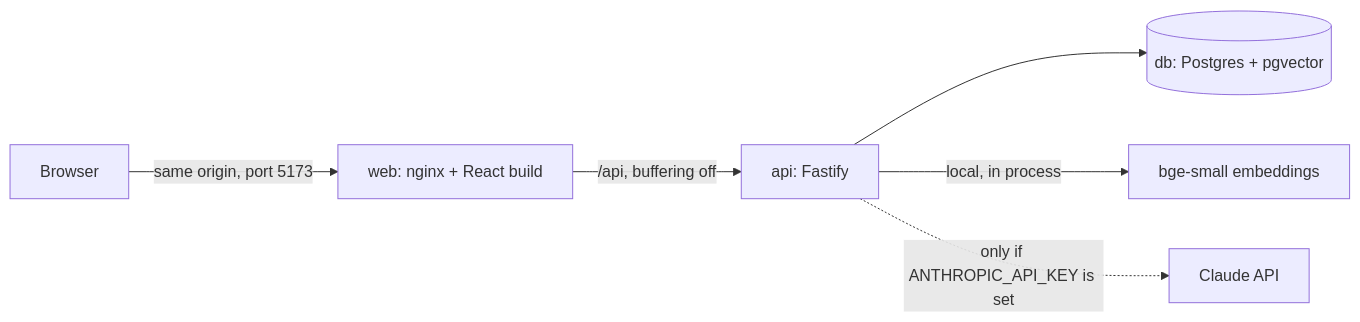
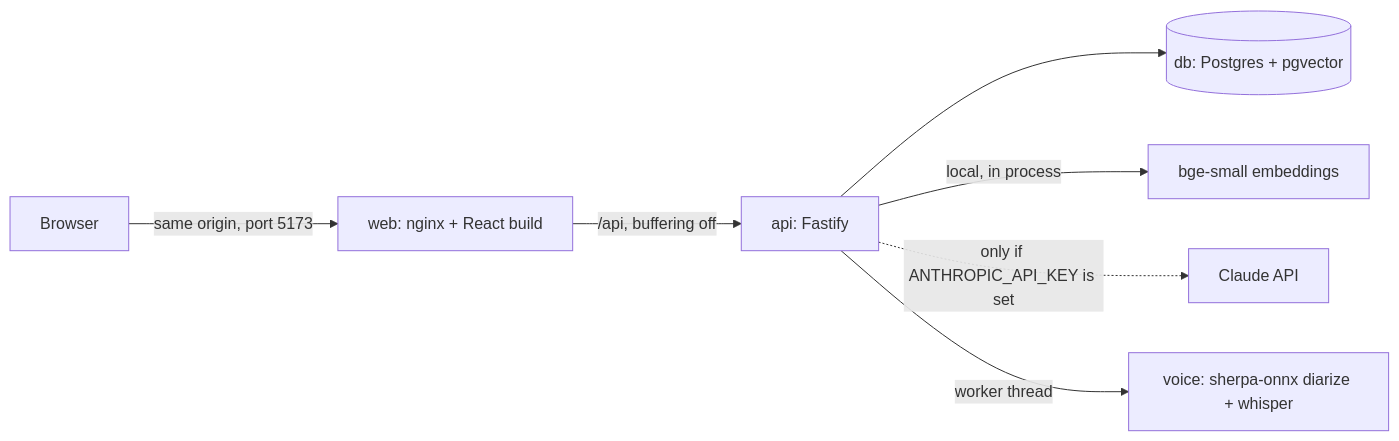
The diagram in README.md (christosgalaios/meeting-intelligence), drawn with Mermaid before and after one commit. The commit also changed other lines of this file and 8 other files, not shown here.

````diff
--- a/README.md
+++ b/README.md
@@ -106,8 +106,9 @@
 ```mermaid
 flowchart LR
   B["Browser"] -->|"same origin, port 5173"| N["web: nginx + React build"]
   N -->|"/api, buffering off"| A["api: Fastify"]
   A --> P[("db: Postgres + pgvector")]
   A -->|"local, in process"| E["bge-small embeddings"]
   A -.->|"only if ANTHROPIC_API_KEY is set"| C["Claude API"]
+  A -->|"worker thread"| W["voice: sherpa-onnx diarize + whisper"]
 ```
````
